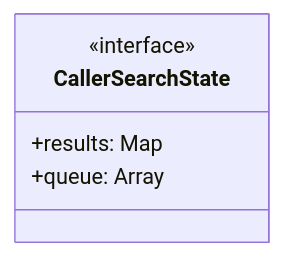
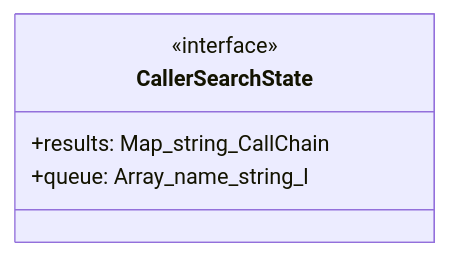
The first of 4 diagrams in ABDD/.pi/extensions/search/call-graph/query.md (Mekann2904/mekann), drawn with Mermaid before and after one commit. The commit also changed other lines of this file and 174 other files, not shown here.

First line of the commit message:
fix(docs): ABDDのMermaid図生成エラーを修正する

````diff
--- a/ABDD/.pi/extensions/search/call-graph/query.md
+++ b/ABDD/.pi/extensions/search/call-graph/query.md
@@ -38,8 +38,8 @@
 ```mermaid
 classDiagram
   class CallerSearchState {
     <<interface>>
-    +results: Map<stringCallChainResult>
-    +queue: Array<namestringlevelnumbercallSiteCallGraphEdge[callSite]confidencenumber>
+    +results: Map_string_CallChain
+    +queue: Array_name_string_l
   }
 ```
````
